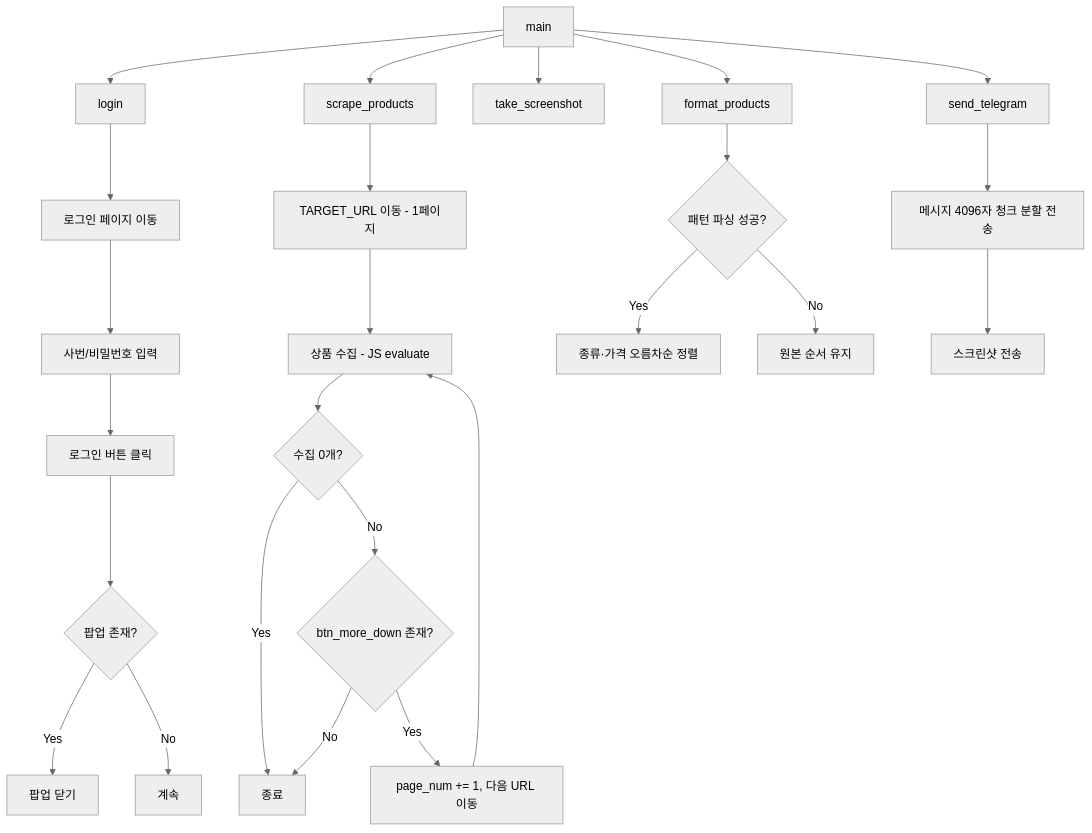
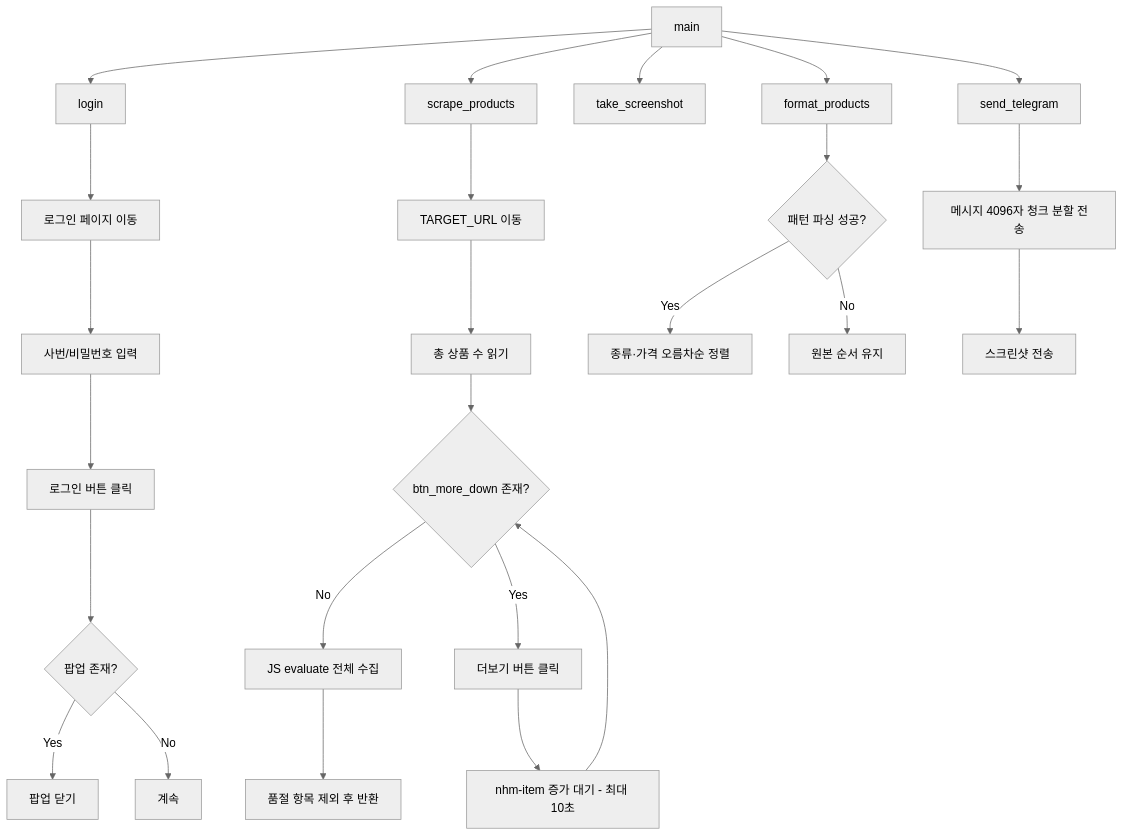
One commit to seyongida/Kiro_lifecare_bot changed the diagram in .kiro/specs/lg-lifecare-scraper/design.md. Above: the diagram before and after it, drawn with Mermaid (neutral theme). The commit also changed other lines of this file and 3 other files, not shown here.

````diff
--- a/.kiro/specs/lg-lifecare-scraper/design.md
+++ b/.kiro/specs/lg-lifecare-scraper/design.md
@@ -20,31 +21,31 @@
 ```mermaid
 flowchart TD
     A[main] --> B[login]
     A --> C[scrape_products]
     A --> D[take_screenshot]
     A --> E[format_products]
     A --> F[send_telegram]
 
     B --> B1[로그인 페이지 이동]
     B1 --> B2[사번/비밀번호 입력]
     B2 --> B3[로그인 버튼 클릭]
     B3 --> B4{팝업 존재?}
     B4 -- Yes --> B5[팝업 닫기]
     B4 -- No --> B6[계속]
 
-    C --> C1[TARGET_URL 이동 - 1페이지]
-    C1 --> C2[상품 수집 - JS evaluate]
-    C2 --> C3{수집 0개?}
-    C3 -- Yes --> C6[종료]
-    C3 -- No --> C4{btn_more_down 존재?}
-    C4 -- No --> C6
-    C4 -- Yes --> C5[page_num += 1, 다음 URL 이동]
-    C5 --> C2
+    C --> C1[TARGET_URL 이동]
+    C1 --> C2[총 상품 수 읽기]
+    C2 --> C3{btn_more_down 존재?}
+    C3 -- No --> C5[JS evaluate 전체 수집]
+    C3 -- Yes --> C4[더보기 버튼 클릭]
+    C4 --> C4a[nhm-item 증가 대기 - 최대 10초]
+    C4a --> C3
+    C5 --> C6[품절 항목 제외 후 반환]
 
     E --> E1{패턴 파싱 성공?}
     E1 -- Yes --> E2[종류·가격 오름차순 정렬]
     E1 -- No --> E3[원본 순서 유지]
 
     F --> F1[메시지 4096자 청크 분할 전송]
     F1 --> F2[스크린샷 전송]
 ```
````
